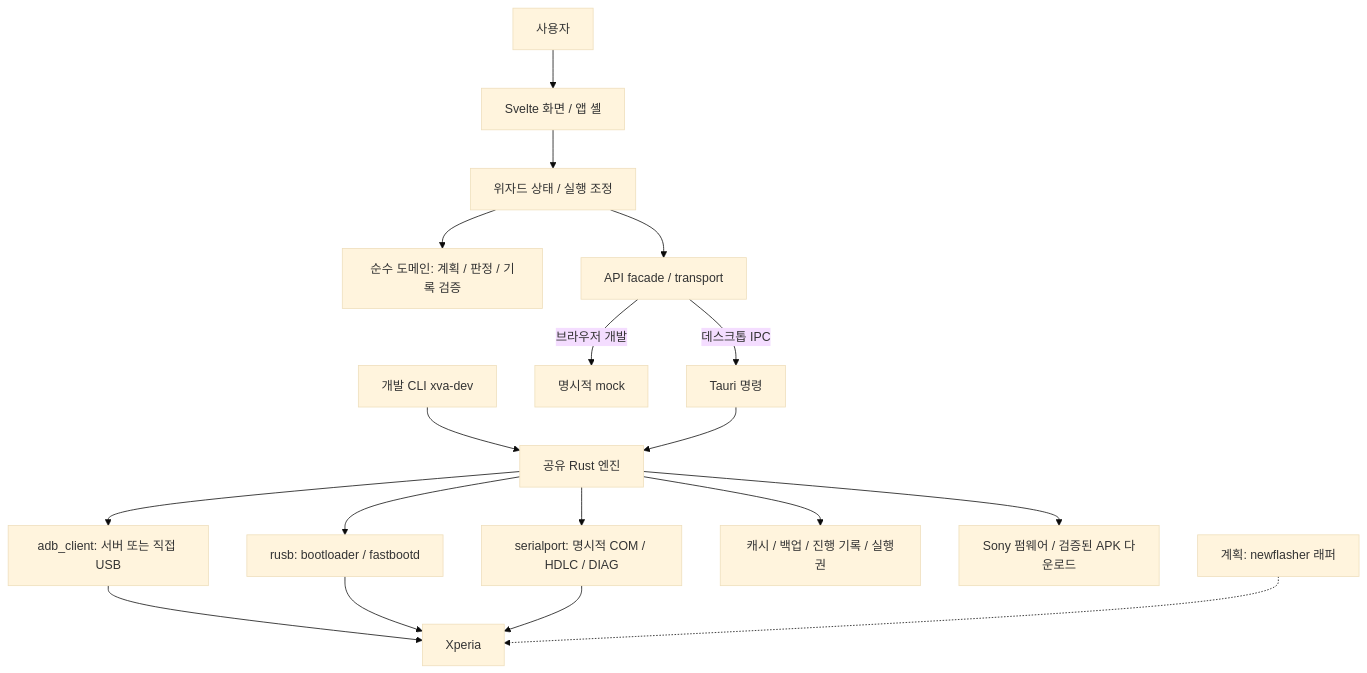
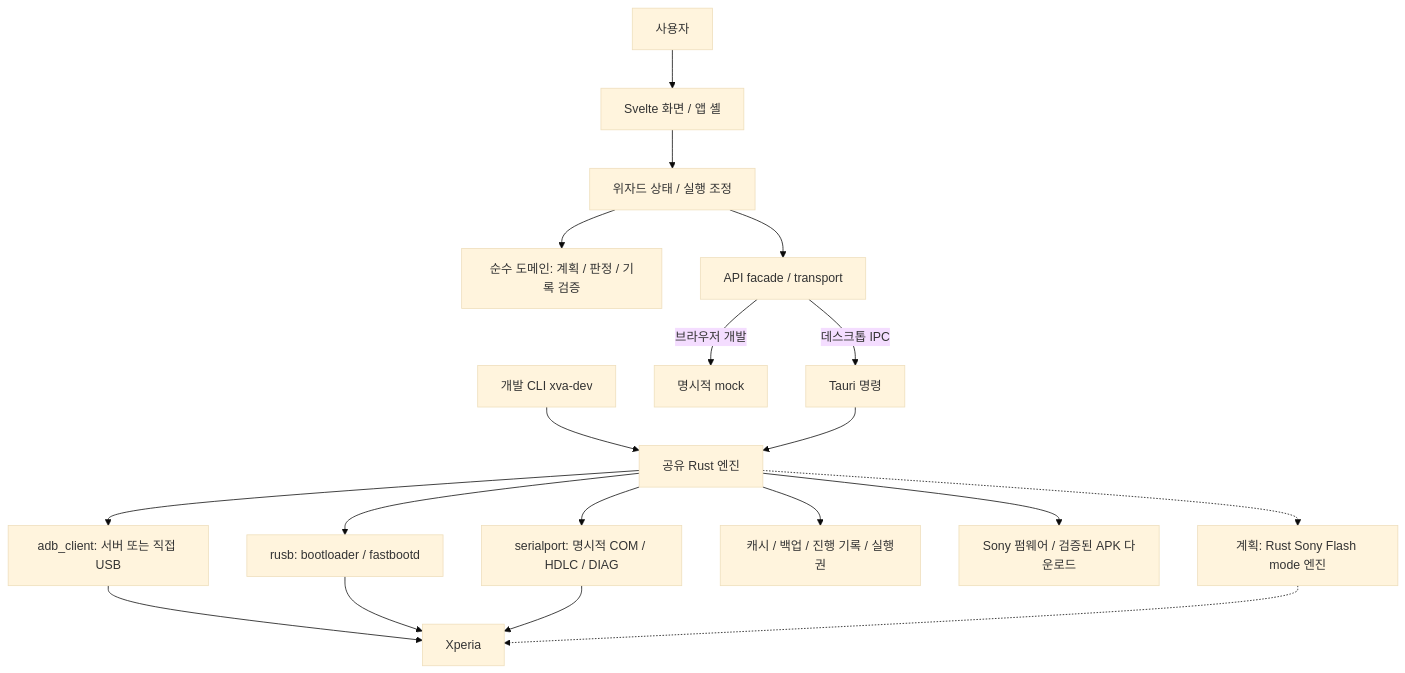
One commit to korjwl1/xperia-volte-activator changed the diagram in docs/structure/overview.md. Above: the diagram before and after it, drawn with Mermaid (base theme). The commit also changed other lines of this file and 5 other files, not shown here.

````diff
--- a/docs/structure/overview.md
+++ b/docs/structure/overview.md
@@ -7,20 +7,21 @@
 ```mermaid
 flowchart TB
   User[사용자] --> Views[Svelte 화면 / 앱 셸]
   Views --> Wizard[위자드 상태 / 실행 조정]
   Wizard --> Domain[순수 도메인: 계획 / 판정 / 기록 검증]
   Wizard --> Facade[API facade / transport]
   Facade -->|데스크톱 IPC| Commands[Tauri 명령]
   Facade -->|브라우저 개발| Mock[명시적 mock]
   CLI[개발 CLI xva-dev] --> Engine[공유 Rust 엔진]
   Commands --> Engine
   Engine --> ADB[adb_client: 서버 또는 직접 USB]
   Engine --> FB[rusb: bootloader / fastbootd]
   Engine --> DIAG[serialport: 명시적 COM / HDLC / DIAG]
   Engine --> PC[캐시 / 백업 / 진행 기록 / 실행권]
   ADB --> Phone[Xperia]
   FB --> Phone
   DIAG --> Phone
   Engine --> Download[Sony 펌웨어 / 검증된 APK 다운로드]
-  Flasher[계획: newflasher 래퍼] -.-> Phone
+  Engine -.-> Flasher[계획: Rust Sony Flash mode 엔진]
+  Flasher -.-> Phone
 ```
````
